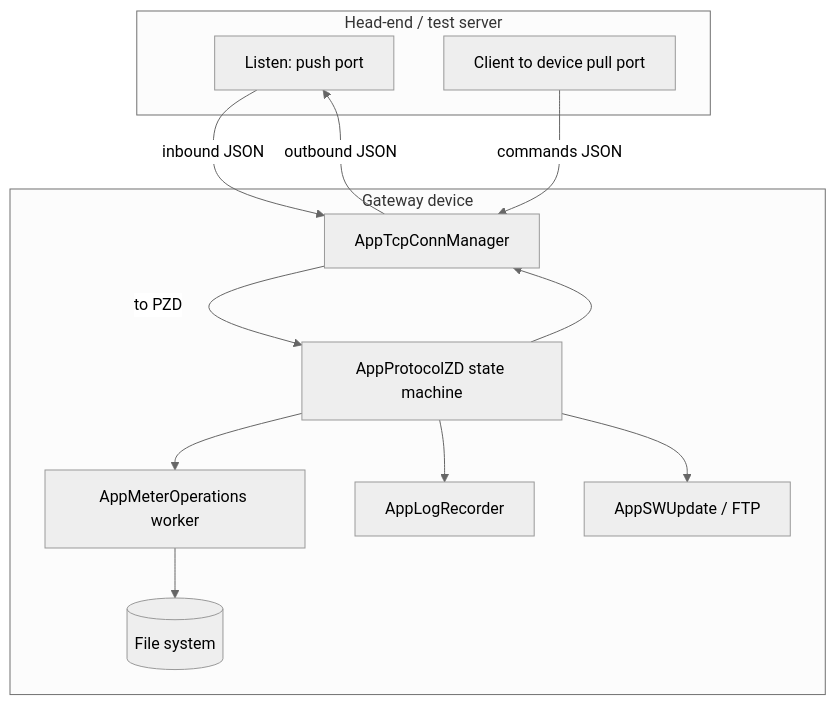
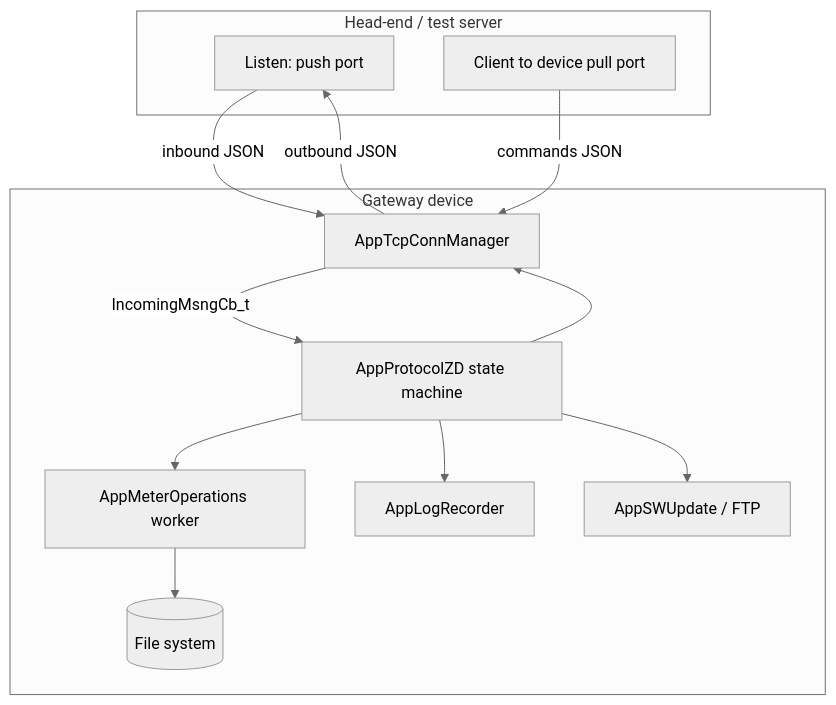
Before and after one commit to engZafer35/Aviora: the second of 22 diagrams in docs/protocol/README_PRO.md, drawn with Mermaid (neutral theme). The commit also changed other lines of this file and 18 other files, not shown here.

````diff
--- a/docs/protocol/README_PRO.md
+++ b/docs/protocol/README_PRO.md
@@ -49,27 +49,27 @@
 ```mermaid
 flowchart TB
   subgraph HeadEnd["Head-end / test server"]
     SP[Listen: push port]
     PC[Client to device pull port]
   end
 
   subgraph Device["Gateway device"]
     PZD[AppProtocolZD state machine]
     TCP[AppTcpConnManager]
     MTR[AppMeterOperations worker]
     LOG[AppLogRecorder]
     SW[AppSWUpdate / FTP]
     FS[(File system)]
 
     PZD --> TCP
     PZD --> MTR
     PZD --> LOG
     PZD --> SW
     MTR --> FS
   end
 
   TCP -->|outbound JSON| SP
   SP -->|inbound JSON| TCP
   PC -->|commands JSON| TCP
-  TCP -->|to PZD| PZD
+  TCP -->|IncomingMsngCb_t| PZD
 ```
````
